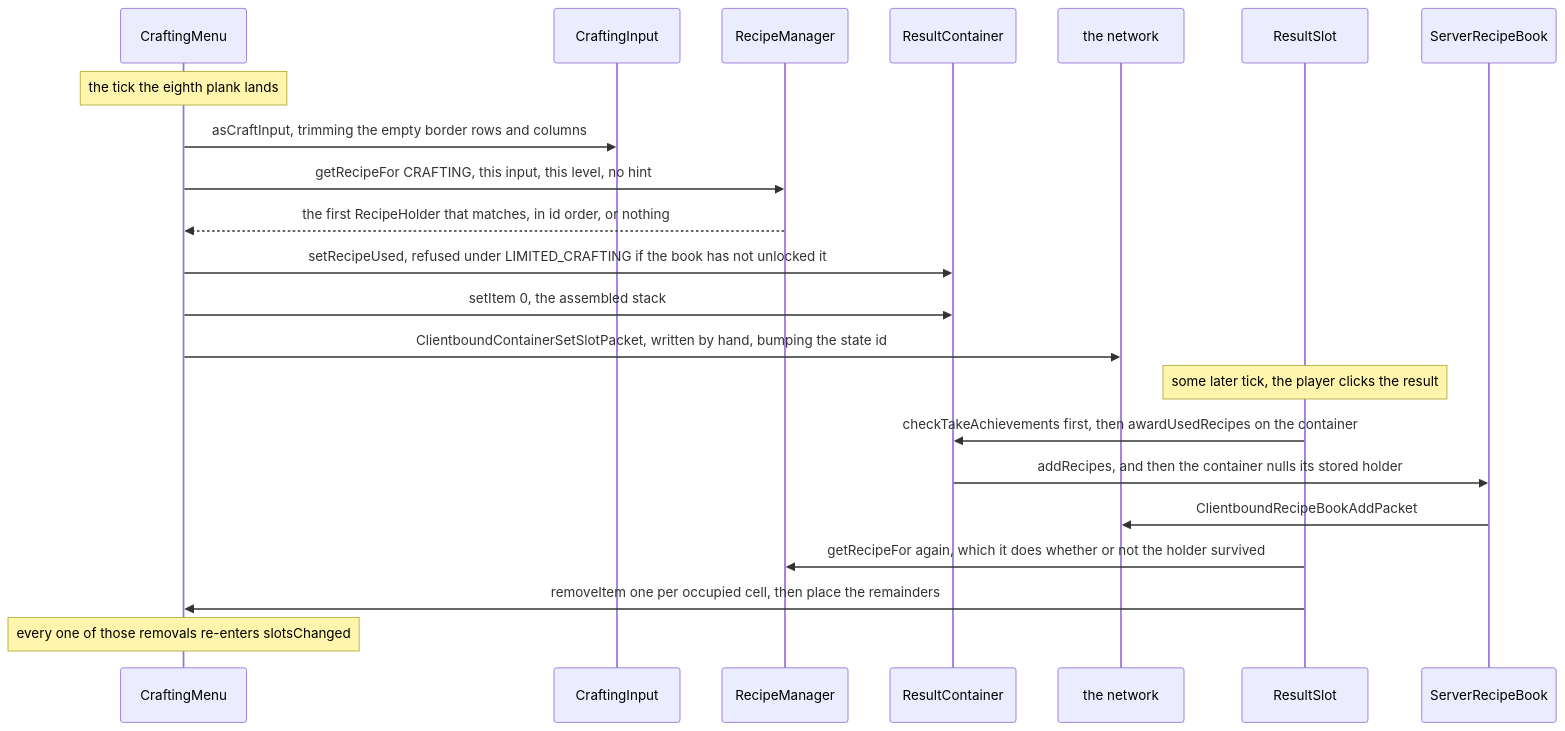
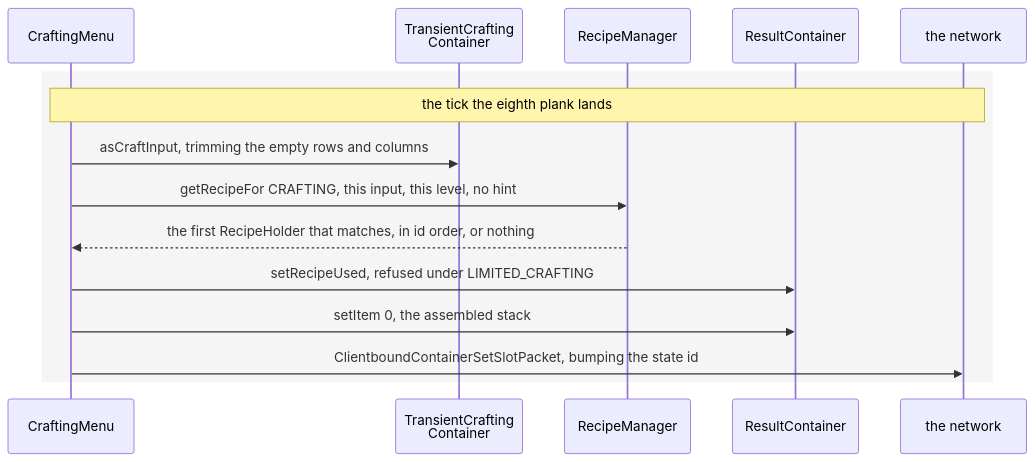
The second of 3 diagrams in src/systems/items/recipes.md (AlexanderjFraser/MinecraftDocs), drawn with Mermaid before and after one commit. The commit also changed other lines of this file and 19 other files, not shown here.

````diff
--- a/src/systems/items/recipes.md
+++ b/src/systems/items/recipes.md
@@ -120,25 +142,18 @@
 ```mermaid
 sequenceDiagram
     participant CraftM as CraftingMenu
-    participant CI as CraftingInput
+    participant TCC as TransientCrafting<br/>Container
     participant RM as RecipeManager
     participant ResultC as ResultContainer
     participant Wire as the network
-    participant ResultS as ResultSlot
-    participant SRB as ServerRecipeBook
 
-    Note over CraftM: the tick the eighth plank lands
-    CraftM->>CI: asCraftInput, trimming the empty border rows and columns
-    CraftM->>RM: getRecipeFor CRAFTING, this input, this level, no hint
-    RM-->>CraftM: the first RecipeHolder that matches, in id order, or nothing
-    CraftM->>ResultC: setRecipeUsed, refused under LIMITED_CRAFTING if the book has not unlocked it
-    CraftM->>ResultC: setItem 0, the assembled stack
-    CraftM->>Wire: ClientboundContainerSetSlotPacket, written by hand, bumping the state id
-    Note over ResultS: some later tick, the player clicks the result
-    ResultS->>ResultC: checkTakeAchievements first, then awardUsedRecipes on the container
-    ResultC->>SRB: addRecipes, and then the container nulls its stored holder
-    SRB->>Wire: ClientboundRecipeBookAddPacket
-    ResultS->>RM: getRecipeFor again, which it does whether or not the holder survived
-    ResultS->>CraftM: removeItem one per occupied cell, then place the remainders
-    Note over CraftM: every one of those removals re-enters slotsChanged
+    rect rgba(0, 0, 0, 0.04)
+        Note over CraftM,Wire: the tick the eighth plank lands
+        CraftM->>TCC: asCraftInput, trimming the empty rows and columns
+        CraftM->>RM: getRecipeFor CRAFTING, this input, this level, no hint
+        RM-->>CraftM: the first RecipeHolder that matches, in id order, or nothing
+        CraftM->>ResultC: setRecipeUsed, refused under LIMITED_CRAFTING
+        CraftM->>ResultC: setItem 0, the assembled stack
+        CraftM->>Wire: ClientboundContainerSetSlotPacket, bumping the state id
+    end
 ```
````
